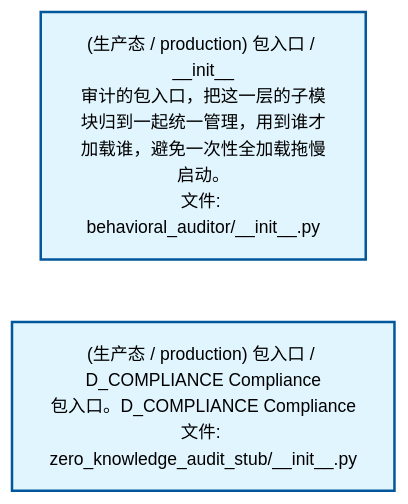
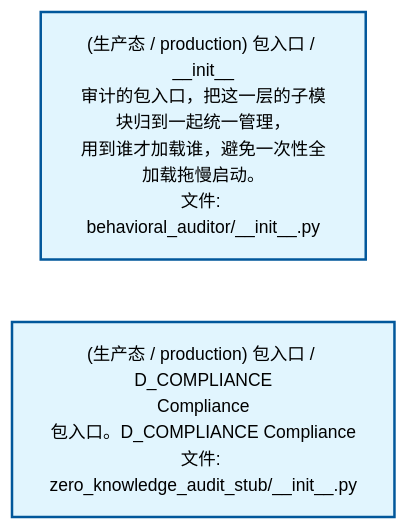
Before and after one commit to xuanFelixVan/ZephyrAlpha: the second of 4 diagrams in docs/02_enterprise_architecture/02_domain_architecture_docs/38_d_compliance.md, drawn with Mermaid. The commit also changed other lines of this file and 61 other files, not shown here.

````diff
--- a/docs/02_enterprise_architecture/02_domain_architecture_docs/38_d_compliance.md
+++ b/docs/02_enterprise_architecture/02_domain_architecture_docs/38_d_compliance.md
@@ -92,12 +92,12 @@
 ```mermaid
 %%{init: {'theme': 'base', 'themeVariables': {'primaryColor': '#eaeaea', 'primaryTextColor': '#333333', 'primaryBorderColor': '#666666', 'lineColor': '#666666', 'secondaryColor': '#eaeaea', 'tertiaryColor': '#eaeaea', 'fontSize': '14px'}}}%%
 flowchart TD
-    src_zephyr_compliance_behavioral_auditor_init_py["(生产态 / production) 包入口 / __init__<br/>审计的包入口，把这一层的子模块归到一起统一管理，用到谁才加载谁，避免一次性全加载拖慢启动。<br/>文件: behavioral_auditor/__init__.py"]
-    src_zephyr_compliance_zero_knowledge_audit_stub_init_py["(生产态 / production) 包入口 / D_COMPLIANCE Compliance<br/>包入口。D_COMPLIANCE Compliance<br/>文件: zero_knowledge_audit_stub/__init__.py"]
+    src_zephyr_compliance_behavioral_auditor_init_py["(生产态 / production) 包入口 / __init__<br/>审计的包入口，把这一层的子模块归到一起统一管理，<br/>用到谁才加载谁，避免一次性全加载拖慢启动。<br/>文件: behavioral_auditor/__init__.py"]
+    src_zephyr_compliance_zero_knowledge_audit_stub_init_py["(生产态 / production) 包入口 / D_COMPLIANCE<br/>Compliance<br/>包入口。D_COMPLIANCE Compliance<br/>文件: zero_knowledge_audit_stub/__init__.py"]
     src_zephyr_compliance_behavioral_auditor_init_py ~~~ src_zephyr_compliance_zero_knowledge_audit_stub_init_py
     classDef production fill:#e1f5fe,stroke:#01579b,stroke-width:2px,color:#000
     classDef design fill:#fff3e0,stroke:#e65100,stroke-width:2px,color:#000,stroke-dasharray: 5 5
     classDef external_prod fill:#e8f4fd,stroke:#0277bd,stroke-width:1px,color:#000
     classDef external_design fill:#fff8e7,stroke:#ef6c00,stroke-width:1px,color:#000,stroke-dasharray: 5 5
     class src_zephyr_compliance_behavioral_auditor_init_py,src_zephyr_compliance_zero_knowledge_audit_stub_init_py production
 ```
````
